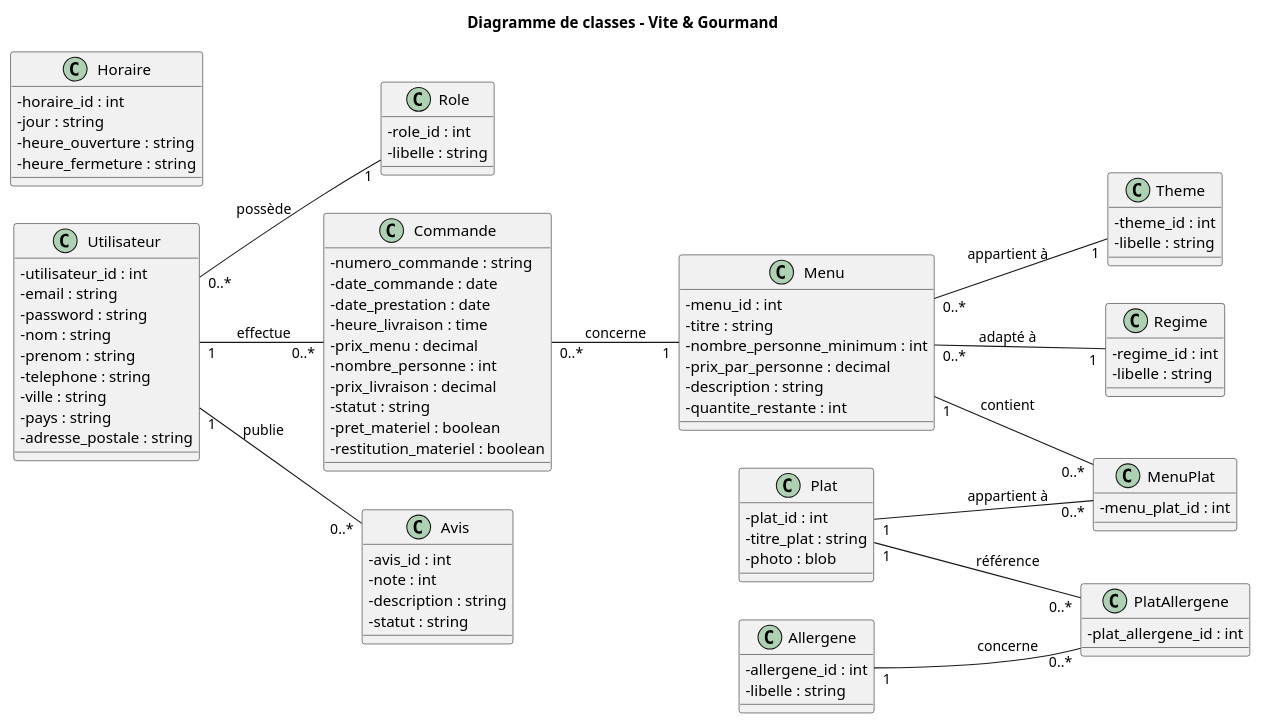
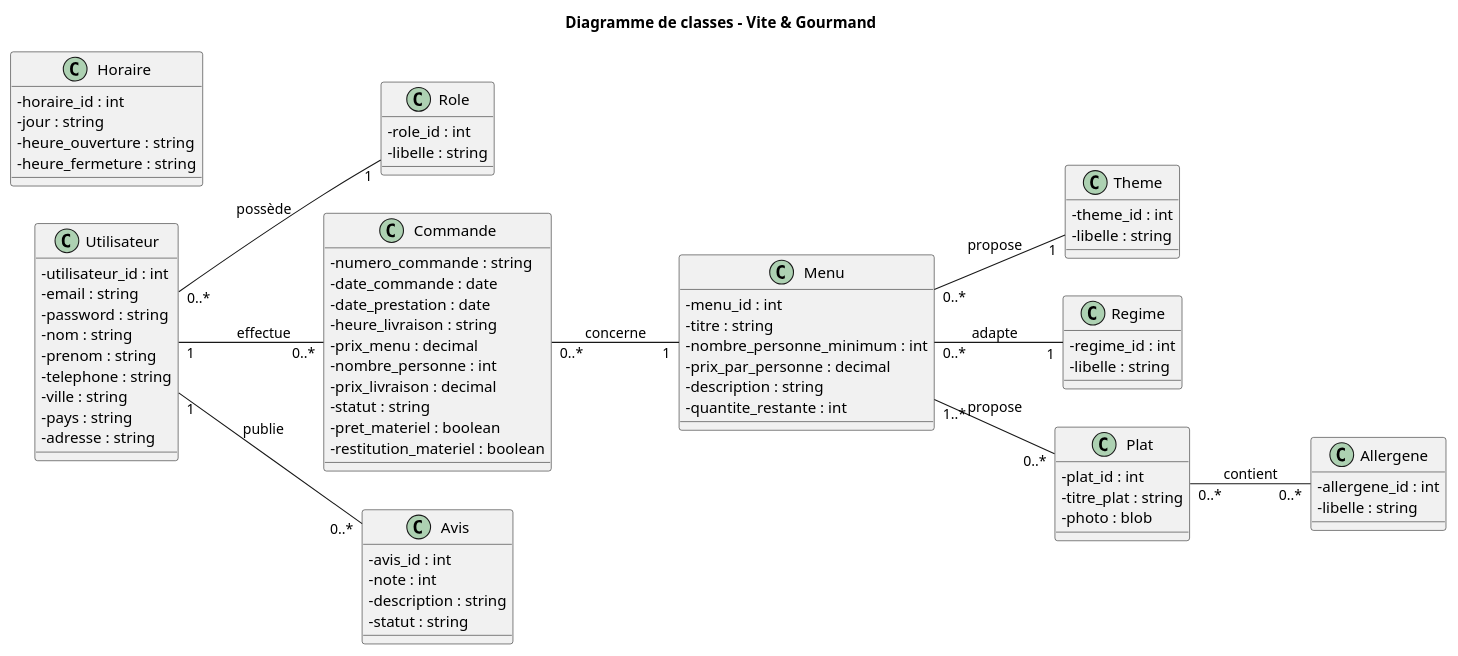
The diagram in docs/diagrammes/diagramme-classes.puml (Meldince6790/vite-et-gourmand), drawn with PlantUML before and after one commit. The commit also changed 1 other file, not shown here.

Commit message:
Modification du diagramme de classes suite à relecture du document MCD

```diff
--- a/docs/diagrammes/diagramme-classes.puml
+++ b/docs/diagrammes/diagramme-classes.puml
@@ -1,146 +1,128 @@
 @startuml DiagrammeClasses
 
 title Diagramme de classes - Vite & Gourmand
 
 left to right direction
 
 skinparam classAttributeIconSize 0
-
 
 ' =====================
 ' Utilisateurs
 ' =====================
 
 class Utilisateur {
     - utilisateur_id : int
     - email : string
     - password : string
     - nom : string
     - prenom : string
     - telephone : string
     - ville : string
     - pays : string
-    - adresse_postale : string
+    - adresse : string
 }
 
 class Role {
     - role_id : int
     - libelle : string
 }
-
 
 Utilisateur "0..*" -- "1" Role : possède
 
 
 ' =====================
 ' Catalogue
 ' =====================
 
 class Menu {
     - menu_id : int
     - titre : string
     - nombre_personne_minimum : int
     - prix_par_personne : decimal
     - description : string
     - quantite_restante : int
 }
 
 class Theme {
     - theme_id : int
     - libelle : string
 }
 
 class Regime {
     - regime_id : int
     - libelle : string
 }
 
 class Plat {
     - plat_id : int
     - titre_plat : string
     - photo : blob
 }
 
 class Allergene {
     - allergene_id : int
     - libelle : string
 }
 
 
-Menu "0..*" -- "1" Theme : appartient à
-Menu "0..*" -- "1" Regime : adapté à
-
-
-
 ' =====================
 ' Commandes
 ' =====================
 
 class Commande {
     - numero_commande : string
     - date_commande : date
     - date_prestation : date
-    - heure_livraison : time
+    - heure_livraison : string
     - prix_menu : decimal
     - nombre_personne : int
     - prix_livraison : decimal
     - statut : string
     - pret_materiel : boolean
     - restitution_materiel : boolean
 }
-
-
-Utilisateur "1" -- "0..*" Commande : effectue
-
-Commande "0..*" -- "1" Menu : concerne
 
 
 ' =====================
 ' Avis
 ' =====================
 
 class Avis {
     - avis_id : int
     - note : int
     - description : string
     - statut : string
 }
-
-
-Utilisateur "1" -- "0..*" Avis : publie
 
 
 ' =====================
 ' Horaire
 ' =====================
 
 class Horaire {
     - horaire_id : int
     - jour : string
     - heure_ouverture : string
     - heure_fermeture : string
 }
 
 
 ' =====================
-' Classes d'association
+' Associations
 ' =====================
 
-class MenuPlat {
-    - menu_plat_id : int
-}
+Utilisateur "1" -- "0..*" Commande : effectue
 
-class PlatAllergene {
-    - plat_allergene_id : int
-}
+Commande "0..*" -- "1" Menu : concerne
 
+Utilisateur "1" -- "0..*" Avis : publie
 
+Menu "0..*" -- "1" Theme : propose
 
-Menu "1" -- "0..*" MenuPlat : contient
-Plat "1" -- "0..*" MenuPlat : appartient à
+Menu "0..*" -- "1" Regime : adapte
 
-Plat "1" -- "0..*" PlatAllergene : référence
-Allergene "1" -- "0..*" PlatAllergene : concerne
+Menu "1..*" -- "0..*" Plat : propose
 
+Plat "0..*" -- "0..*" Allergene : contient
 
 @enduml
```
